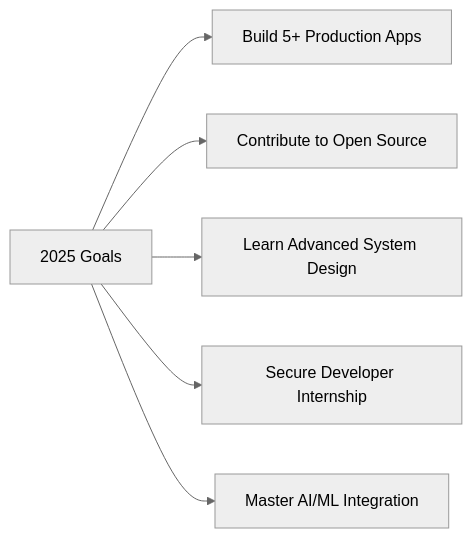
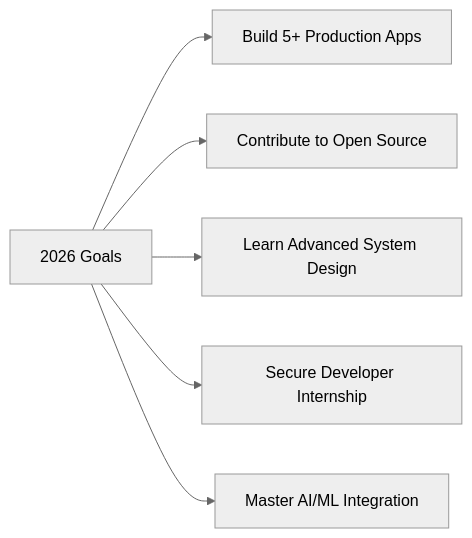
One commit to Khushant15/Khushant15 changed the diagram in README.md. Above: the diagram before and after it, drawn with Mermaid (neutral theme). The commit also changed other lines of this file, not shown here.

Commit message:
Update goals year from 2025 to 2026

````diff
--- a/README.md
+++ b/README.md
@@ -209,8 +209,8 @@
 ```mermaid
 graph LR
-    A[2025 Goals] --> B[Build 5+ Production Apps]
+    A[2026 Goals] --> B[Build 5+ Production Apps]
     A --> C[Contribute to Open Source]
     A --> D[Learn Advanced System Design]
     A --> E[Secure Developer Internship]
     A --> F[Master AI/ML Integration]
 ```
````
